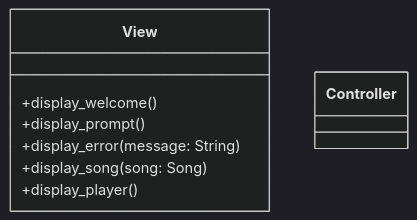
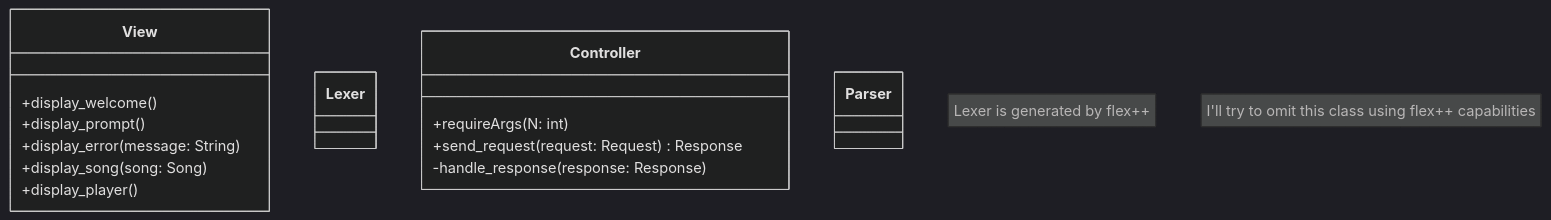
One commit to hdvvaldes/MP3Interface changed the third of 3 diagrams in doc/DESIGN.md. Above: the diagram before and after it, drawn with Mermaid (dark theme). The commit also changed other lines of this file, not shown here.

````diff
--- a/doc/DESIGN.md
+++ b/doc/DESIGN.md
@@ -66,14 +67,24 @@
 ```mermaid
 classDiagram
     class View{
         +display_welcome()
         +display_prompt()
         +display_error(message: String)
         +display_song(song: Song)
         +display_player()
     }
+    note "Lexer is generated by flex++"
+    class Lexer
+
     class Controller{
-          
+        +requireArgs(N: int)
+        +send_request(request: Request) Response
+        -handle_response(response: Response) 
+    }
+    
+    note "I'll try to omit this class using flex++ capabilities"
+    class Parser{
+
     }
 
 ```
````
